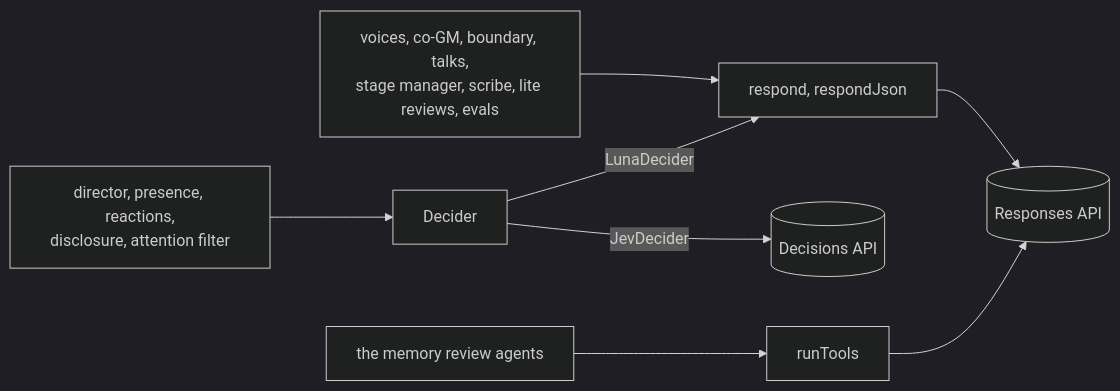
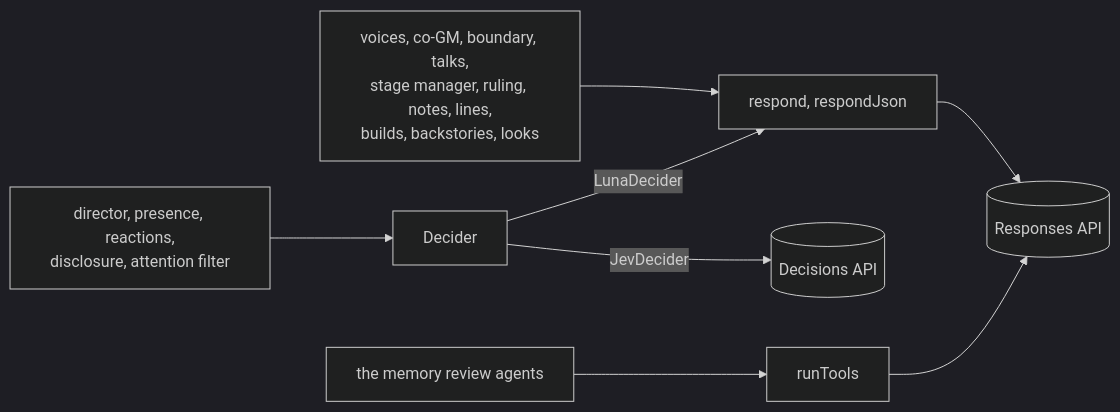
The diagram in ai/llm/README.md (Tatskaari/kingmaker), drawn with Mermaid (dark theme) before and after one commit. The commit also changed other lines of this file and 5 other files, not shown here.

````diff
--- a/ai/llm/README.md
+++ b/ai/llm/README.md
@@ -40,10 +40,10 @@
 ```mermaid
 flowchart LR
-  text["voices, co-GM, boundary, talks,<br/>stage manager, scribe, lite reviews, evals"] --> respond["respond, respondJson"]
+  text["voices, co-GM, boundary, talks,<br/>stage manager, ruling, notes, lines,<br/>builds, backstories, looks"] --> respond["respond, respondJson"]
   judge["director, presence, reactions,<br/>disclosure, attention filter"] --> decider["Decider"]
   agents["the memory review agents"] --> tools["runTools"]
   decider -->|"LunaDecider"| respond
   decider -->|"JevDecider"| decisions[("Decisions API")]
   respond --> responses[("Responses API")]
   tools --> responses
 ```
````
